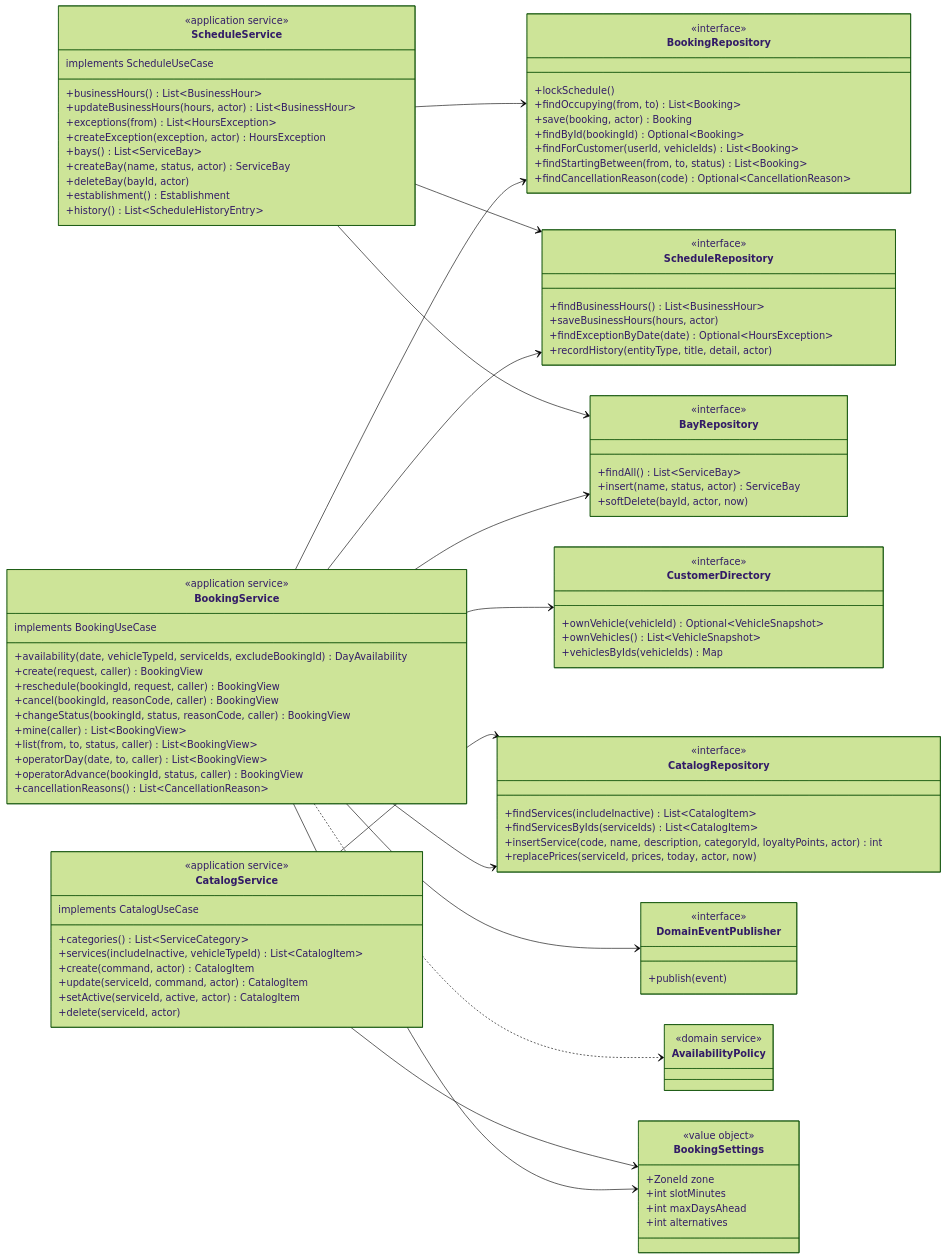
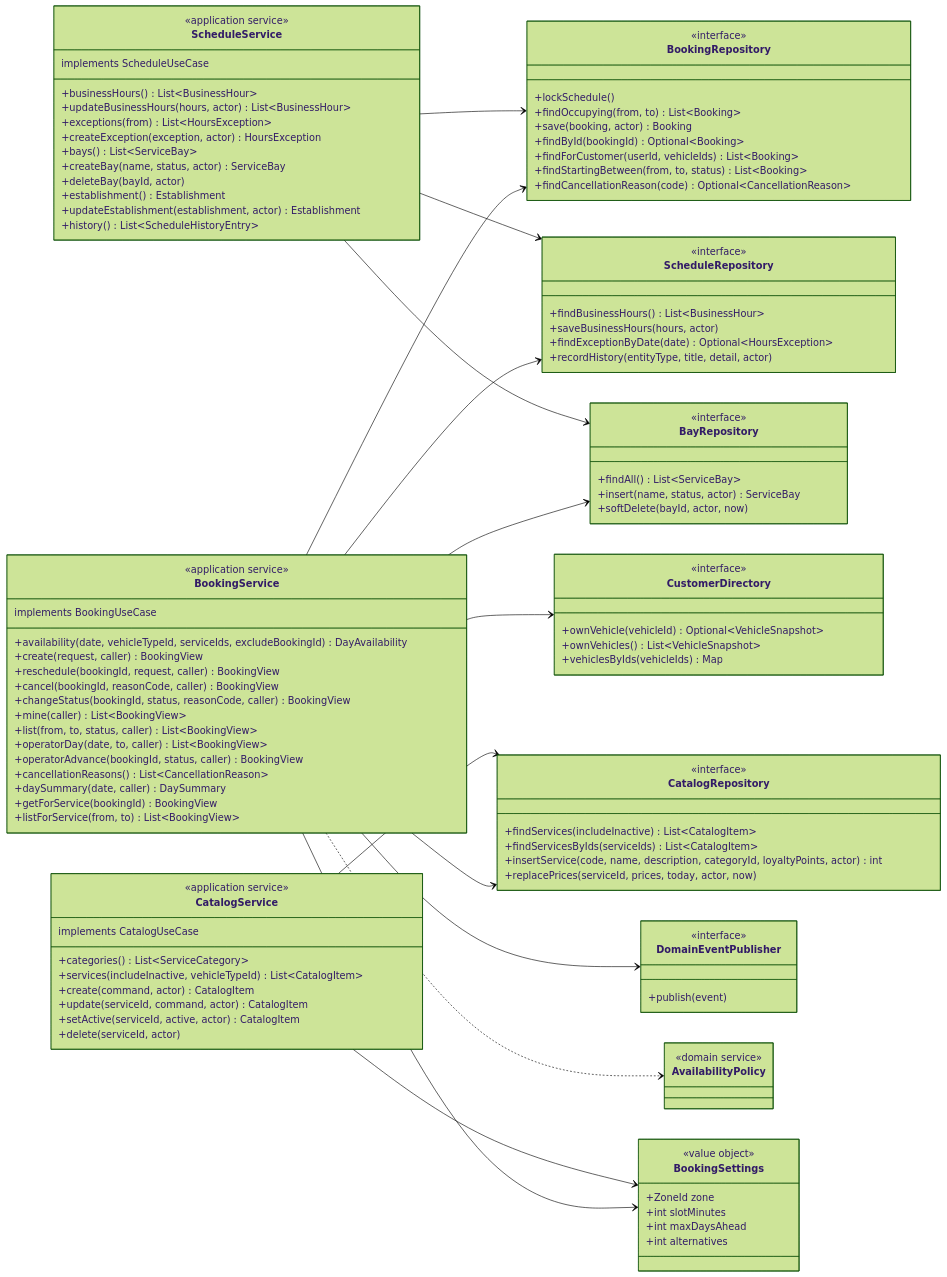
Before and after one commit to BrayanCABRERA123/lavarapido-docs: diagram 13 of 19 in Diseno-del-Software/ES/Diseno-del-Software.md, drawn with Mermaid (forest theme). The commit also changed other lines of this file and 1 other file, not shown here.

```diff
--- a/Diseno-del-Software/ES/Diseno-del-Software.md
+++ b/Diseno-del-Software/ES/Diseno-del-Software.md
@@ -2117,6 +2294,9 @@
     +operatorDay(date, to, caller) List~BookingView~
     +operatorAdvance(bookingId, status, caller) BookingView
     +cancellationReasons() List~CancellationReason~
+    +daySummary(date, caller) DaySummary
+    +getForService(bookingId) BookingView
+    +listForService(from, to) List~BookingView~
   }
   class CatalogService {
     <<application service>>
@@ -2139,6 +2319,7 @@
     +createBay(name, status, actor) ServiceBay
     +deleteBay(bayId, actor)
     +establishment() Establishment
+    +updateEstablishment(establishment, actor) Establishment
     +history() List~ScheduleHistoryEntry~
   }
   class BookingSettings {
```
